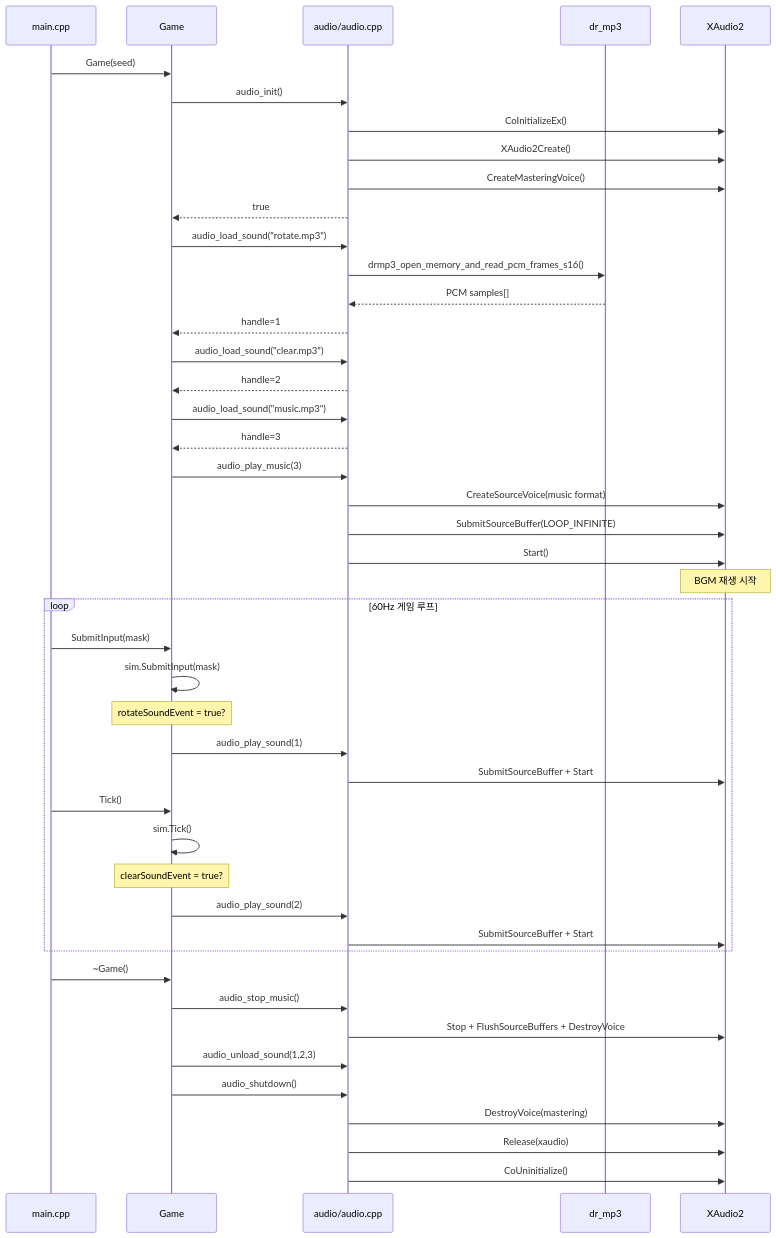
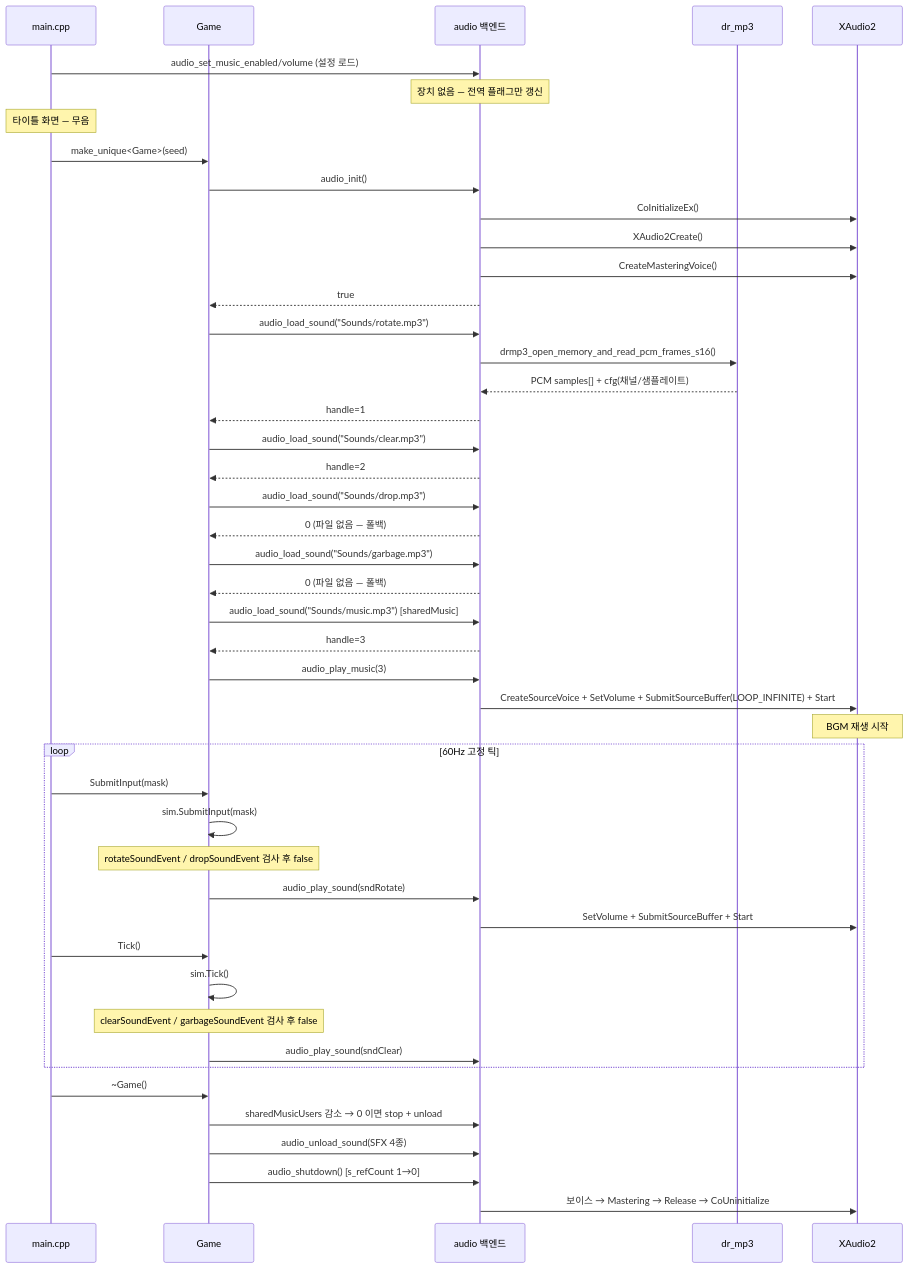
One commit to Rein-ArXiv/Tetris-Multiplayer-RL changed the seventh of 7 diagrams in docs/blog/part5-audio.md. Above: the diagram before and after it, drawn with Mermaid. The commit also changed other lines of this file and 41 other files, not shown here.

````diff
--- a/docs/blog/part5-audio.md
+++ b/docs/blog/part5-audio.md
@@ -1336,55 +2150,55 @@
 ```mermaid
 sequenceDiagram
     participant Main as main.cpp
     participant G as Game
-    participant A as audio/audio.cpp
+    participant A as audio 백엔드
     participant DR as dr_mp3
     participant XA as XAudio2
 
-    Main->>G: Game(seed)
+    Main->>A: audio_set_music_enabled/volume (설정 로드)
+    Note over A: 장치 없음 — 전역 플래그만 갱신
+
+    Note over Main: 타이틀 화면 — 무음
+
+    Main->>G: make_unique<Game>(seed)
     G->>A: audio_init()
     A->>XA: CoInitializeEx()
     A->>XA: XAudio2Create()
     A->>XA: CreateMasteringVoice()
     A-->>G: true
 
-    G->>A: audio_load_sound("rotate.mp3")
+    G->>A: audio_load_sound("Sounds/rotate.mp3")
     A->>DR: drmp3_open_memory_and_read_pcm_frames_s16()
-    DR-->>A: PCM samples[]
+    DR-->>A: PCM samples[] + cfg(채널/샘플레이트)
     A-->>G: handle=1
-
-    G->>A: audio_load_sound("clear.mp3")
+    G->>A: audio_load_sound("Sounds/clear.mp3")
     A-->>G: handle=2
-
-    G->>A: audio_load_sound("music.mp3")
+    G->>A: audio_load_sound("Sounds/drop.mp3")
+    A-->>G: 0 (파일 없음 — 폴백)
+    G->>A: audio_load_sound("Sounds/garbage.mp3")
+    A-->>G: 0 (파일 없음 — 폴백)
+    G->>A: audio_load_sound("Sounds/music.mp3") [sharedMusic]
     A-->>G: handle=3
-
     G->>A: audio_play_music(3)
-    A->>XA: CreateSourceVoice(music format)
-    A->>XA: SubmitSourceBuffer(LOOP_INFINITE)
-    A->>XA: Start()
+    A->>XA: CreateSourceVoice + SetVolume + SubmitSourceBuffer(LOOP_INFINITE) + Start
     Note over XA: BGM 재생 시작
 
-    loop 60Hz 게임 루프
+    loop 60Hz 고정 틱
         Main->>G: SubmitInput(mask)
         G->>G: sim.SubmitInput(mask)
-        Note over G: rotateSoundEvent = true?
-        G->>A: audio_play_sound(1)
-        A->>XA: SubmitSourceBuffer + Start
+        Note over G: rotateSoundEvent / dropSoundEvent 검사 후 false
+        G->>A: audio_play_sound(sndRotate)
+        A->>XA: SetVolume + SubmitSourceBuffer + Start
 
         Main->>G: Tick()
         G->>G: sim.Tick()
-        Note over G: clearSoundEvent = true?
-        G->>A: audio_play_sound(2)
-        A->>XA: SubmitSourceBuffer + Start
+        Note over G: clearSoundEvent / garbageSoundEvent 검사 후 false
+        G->>A: audio_play_sound(sndClear)
     end
 
     Main->>G: ~Game()
-    G->>A: audio_stop_music()
-    A->>XA: Stop + FlushSourceBuffers + DestroyVoice
-    G->>A: audio_unload_sound(1,2,3)
-    G->>A: audio_shutdown()
-    A->>XA: DestroyVoice(mastering)
-    A->>XA: Release(xaudio)
-    A->>XA: CoUninitialize()
+    G->>A: sharedMusicUsers 감소 → 0 이면 stop + unload
+    G->>A: audio_unload_sound(SFX 4종)
+    G->>A: audio_shutdown() [s_refCount 1→0]
+    A->>XA: 보이스 → Mastering → Release → CoUninitialize
 ```
````
